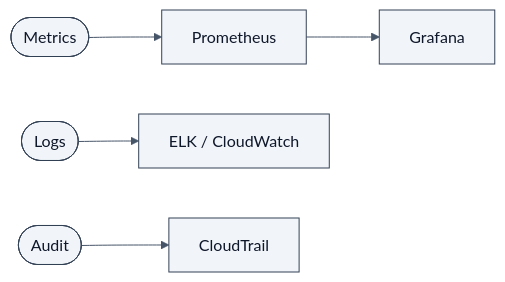
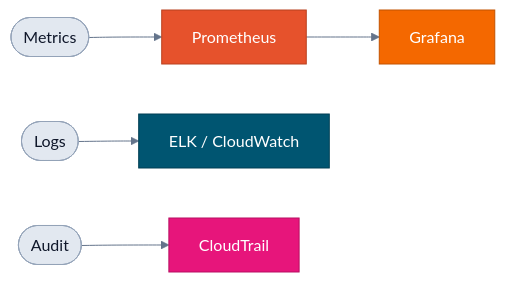
The sixth of 7 diagrams in README.md (Rohit-1920/Rohit-1920), drawn with Mermaid before and after one commit. The commit also changed other lines of this file, not shown here.

````diff
--- a/README.md
+++ b/README.md
@@ -346,7 +475,17 @@
 ```mermaid
-%%{init: {'theme':'base','themeVariables':{'fontFamily':'Inter, ui-sans-serif, system-ui, sans-serif','primaryColor':'#F1F5F9','primaryBorderColor':'#334155','primaryTextColor':'#0F172A','lineColor':'#475569'}}}%%
+%%{init: {'theme':'base','themeVariables':{'fontFamily':'Inter, ui-sans-serif, system-ui, sans-serif','lineColor':'#64748B','primaryTextColor':'#FFFFFF'}}}%%
 flowchart LR
   M(["Metrics"]) --> P["Prometheus"] --> G["Grafana"]
   L(["Logs"]) --> E["ELK / CloudWatch"]
   A(["Audit"]) --> C["CloudTrail"]
+  classDef prom fill:#E6522C,stroke:#B8411F,color:#FFFFFF
+  classDef graf fill:#F46800,stroke:#C25300,color:#FFFFFF
+  classDef elk fill:#005571,stroke:#003F54,color:#FFFFFF
+  classDef cw fill:#E7157B,stroke:#B80F62,color:#FFFFFF
+  classDef lbl fill:#E2E8F0,stroke:#94A3B8,color:#0F172A
+  class M,L,A lbl
+  class P prom
+  class G graf
+  class E elk
+  class C cw
 ```
````
